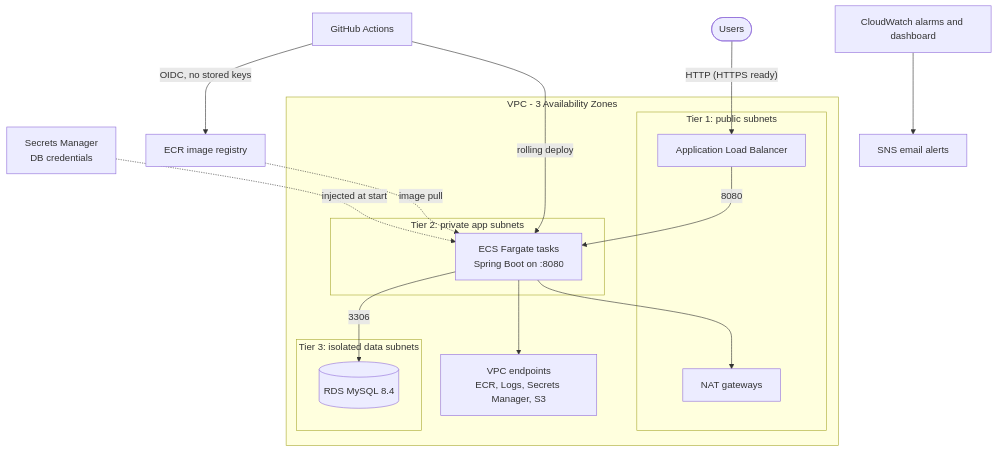
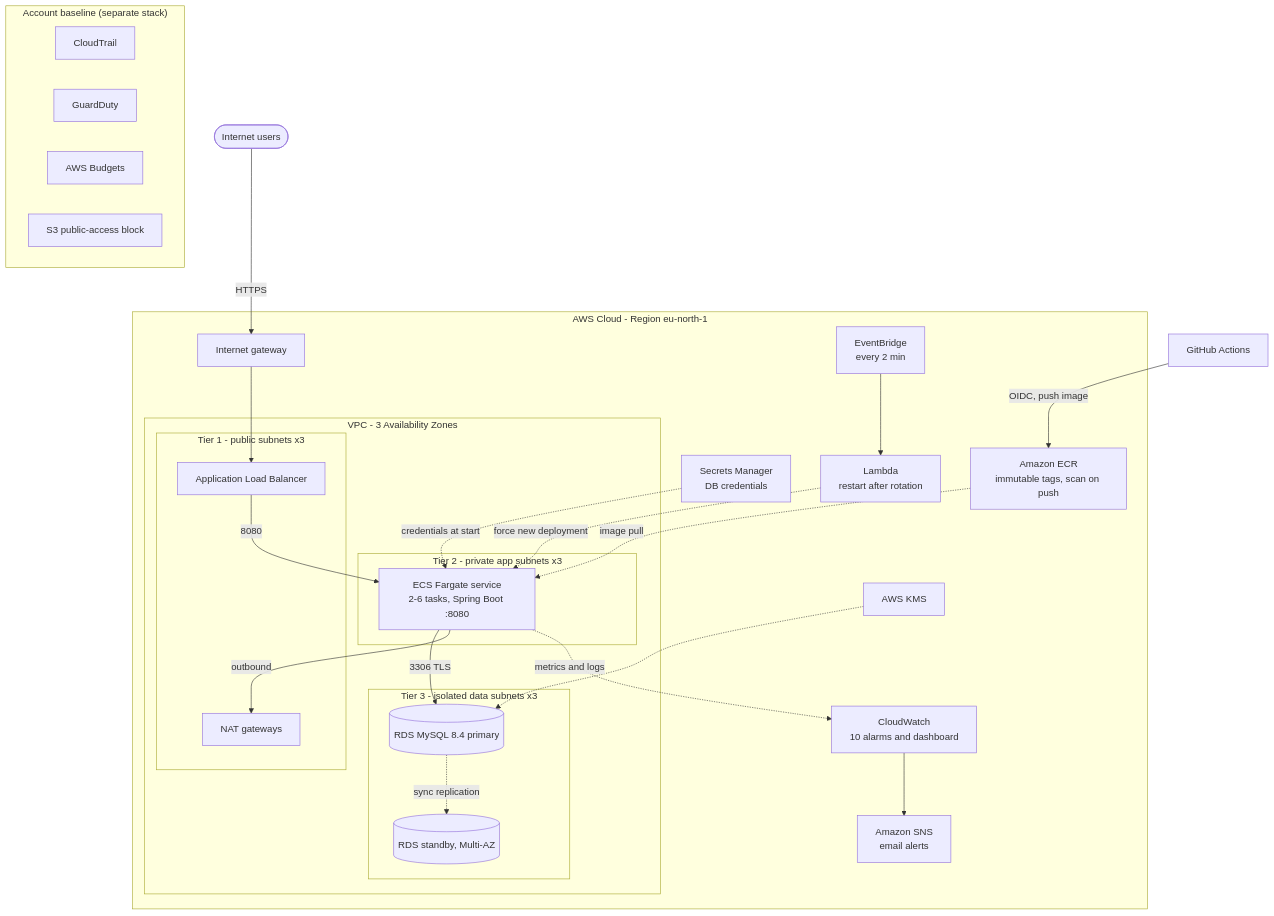
The first of 2 diagrams in README.md (Chathuka-2003/3-tier-infrastructure), drawn with Mermaid before and after one commit. The commit also changed other lines of this file, not shown here.

````diff
--- a/README.md
+++ b/README.md
@@ -6,29 +61,45 @@
 ```mermaid
 flowchart TB
-    user(["Users"]) -->|"HTTP (HTTPS ready)"| alb
+    users(["Internet users"]) -->|"HTTPS"| igw["Internet gateway"]
+    gh["GitHub Actions"] -->|"OIDC, push image"| ecr
 
-    subgraph vpc["VPC - 3 Availability Zones"]
-        subgraph pub["Tier 1: public subnets"]
-            alb["Application Load Balancer"]
-            nat["NAT gateways"]
+    subgraph aws["AWS Cloud - Region eu-north-1"]
+        ecr["Amazon ECR<br/>immutable tags, scan on push"]
+        sm["Secrets Manager<br/>DB credentials"]
+        kms["AWS KMS"]
+        cw["CloudWatch<br/>10 alarms and dashboard"] --> sns["Amazon SNS<br/>email alerts"]
+        eb["EventBridge<br/>every 2 min"] --> fn["Lambda<br/>restart after rotation"]
+
+        subgraph vpc["VPC - 3 Availability Zones"]
+            subgraph pub["Tier 1 - public subnets x3"]
+                alb["Application Load Balancer"]
+                nat["NAT gateways"]
+            end
+            subgraph app["Tier 2 - private app subnets x3"]
+                ecs["ECS Fargate service<br/>2-6 tasks, Spring Boot :8080"]
+            end
+            subgraph data["Tier 3 - isolated data subnets x3"]
+                rds[("RDS MySQL 8.4 primary")]
+                rds2[("RDS standby, Multi-AZ")]
+            end
         end
-        subgraph app["Tier 2: private app subnets"]
-            ecs["ECS Fargate tasks<br/>Spring Boot on :8080"]
-        end
-        subgraph data["Tier 3: isolated data subnets"]
-            rds[("RDS MySQL 8.4")]
-        end
-        vpce["VPC endpoints<br/>ECR, Logs, Secrets Manager, S3"]
+
+        igw --> alb
+        alb -->|"8080"| ecs
+        ecs -->|"3306 TLS"| rds
+        rds -.->|"sync replication"| rds2
+        ecs -->|"outbound"| nat
+        ecr -.->|"image pull"| ecs
+        sm -.->|"credentials at start"| ecs
+        fn -.->|"force new deployment"| ecs
+        ecs -.->|"metrics and logs"| cw
+        kms -.-> rds
     end
 
-    alb -->|"8080"| ecs
-    ecs -->|"3306"| rds
-    ecs --> vpce
-    ecs --> nat
-
-    gh["GitHub Actions"] -->|"OIDC, no stored keys"| ecr["ECR image registry"]
-    gh -->|"rolling deploy"| ecs
-    ecr -.->|"image pull"| ecs
-    sm["Secrets Manager<br/>DB credentials"] -.->|"injected at start"| ecs
-    cw["CloudWatch alarms and dashboard"] --> sns["SNS email alerts"]
+    subgraph base["Account baseline (separate stack)"]
+        ct["CloudTrail"]
+        gd["GuardDuty"]
+        bud["AWS Budgets"]
+        s3b["S3 public-access block"]
+    end
 ```
````
